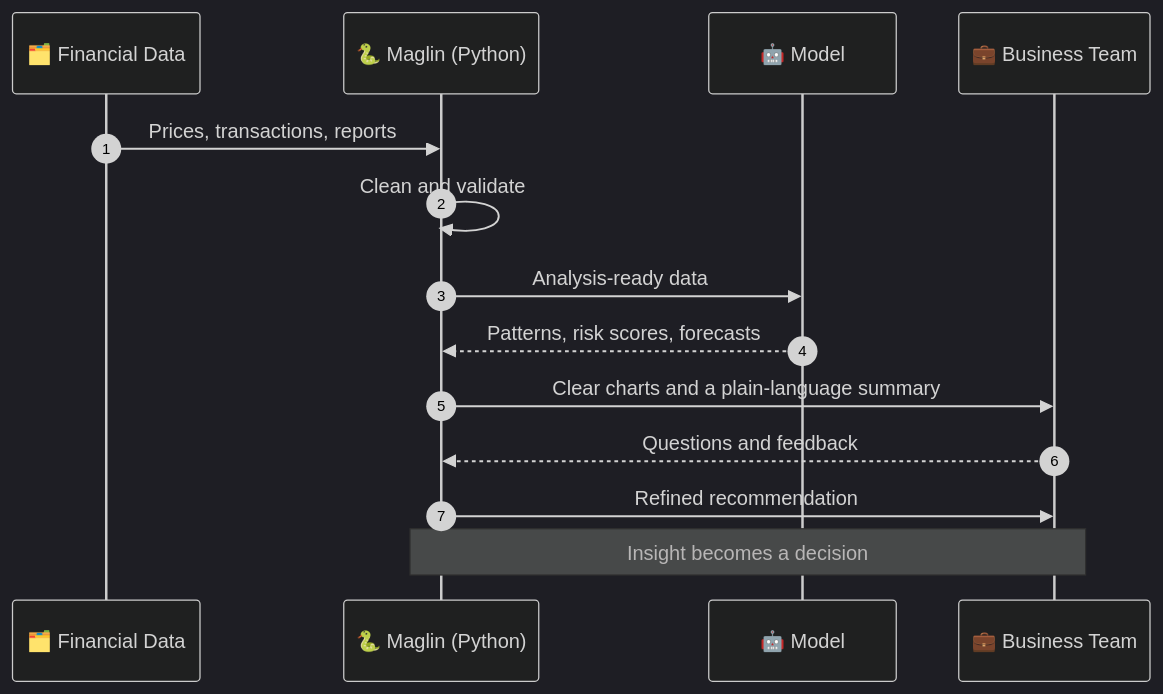
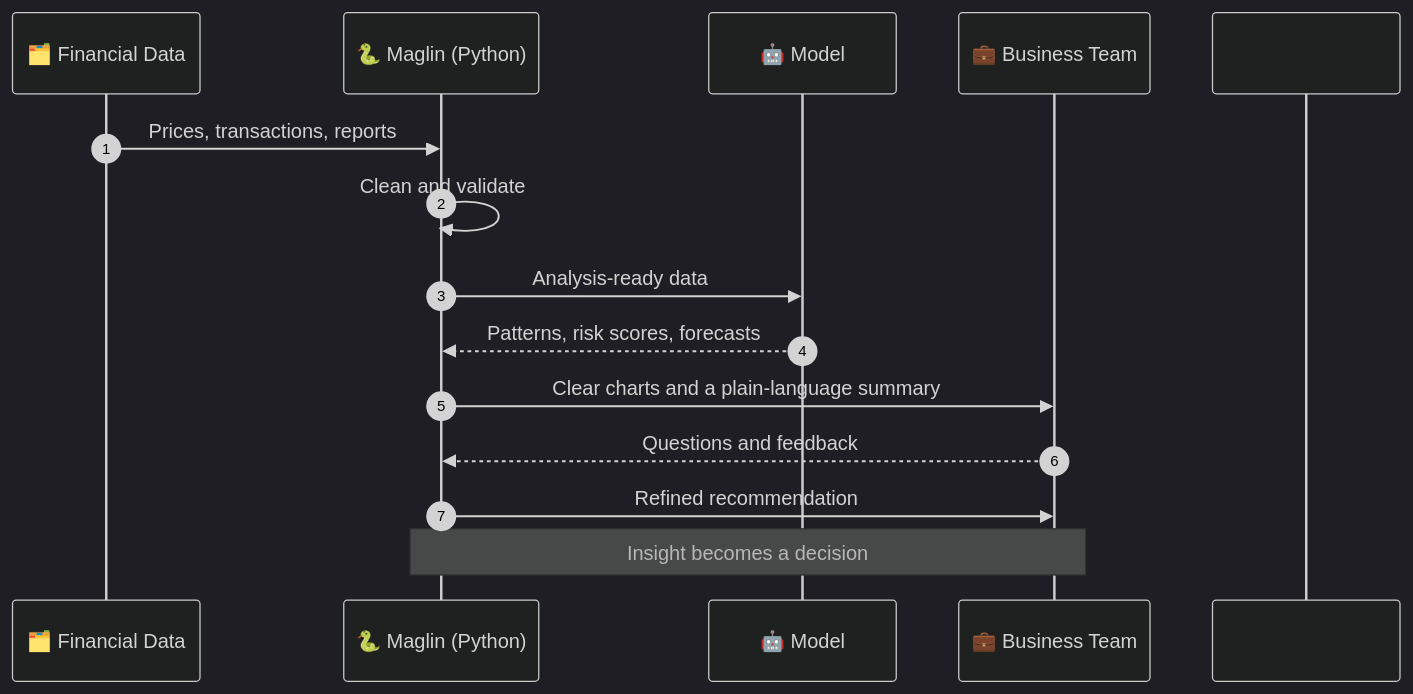
One commit to maglin997/maglin997 changed the first of 2 diagrams in README.md. Above: the diagram before and after it, drawn with Mermaid (dark theme). The commit also changed other lines of this file, not shown here.

````diff
--- a/README.md
+++ b/README.md
@@ -48,16 +48,17 @@
 ```mermaid
 sequenceDiagram
     autonumber
     participant D as 🗂️ Financial Data
     participant M as 🐍 Maglin (Python)
     participant S as 🤖 Model
     participant B as 💼 Business Team
+    participant Z as #160;
     D->>M: Prices, transactions, reports
     M->>M: Clean and validate
     M->>S: Analysis-ready data
     S-->>M: Patterns, risk scores, forecasts
     M->>B: Clear charts and a plain-language summary
     B-->>M: Questions and feedback
     M->>B: Refined recommendation
     Note over M,B: Insight becomes a decision
 ```
````
